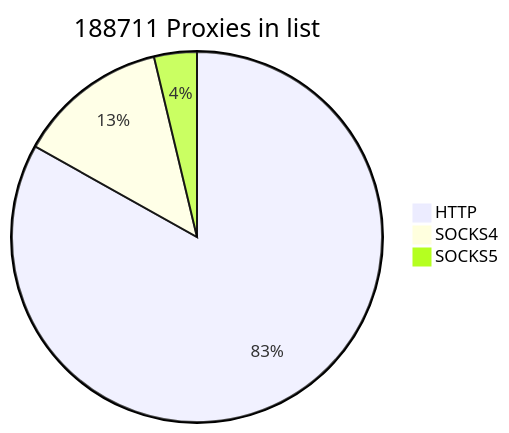
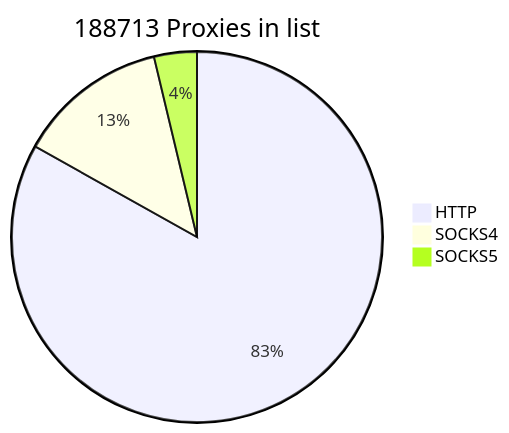
The first of 2 diagrams in README.md (cutipu/proxylist), drawn with Mermaid before and after one commit. The commit also changed other lines of this file, not shown here.

````diff
--- a/README.md
+++ b/README.md
@@ -2,7 +2,7 @@
 ```mermaid
-pie title 188711 Proxies in list
+pie title 188713 Proxies in list
     "HTTP" : 156850
-    "SOCKS4" : 24814
+    "SOCKS4" : 24816
     "SOCKS5" : 7047
             
 ```
````
